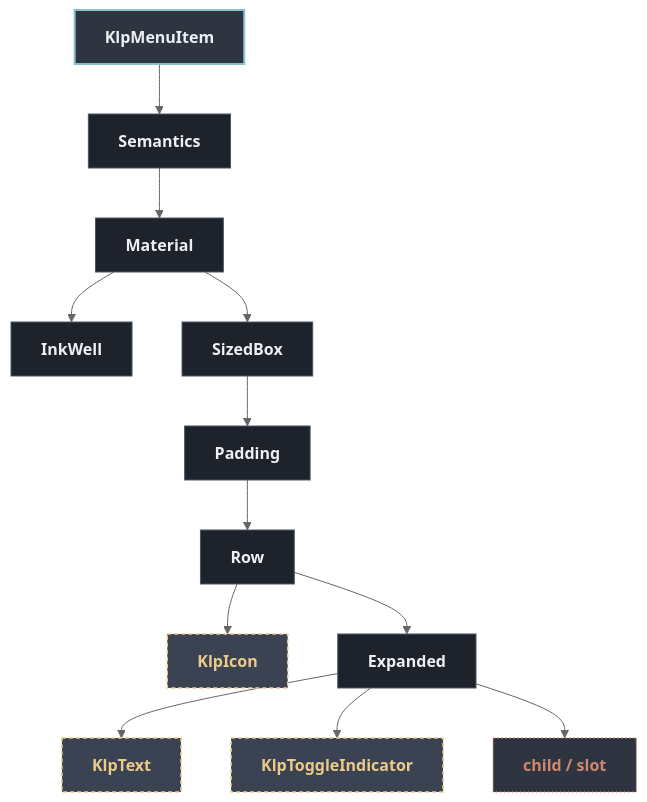
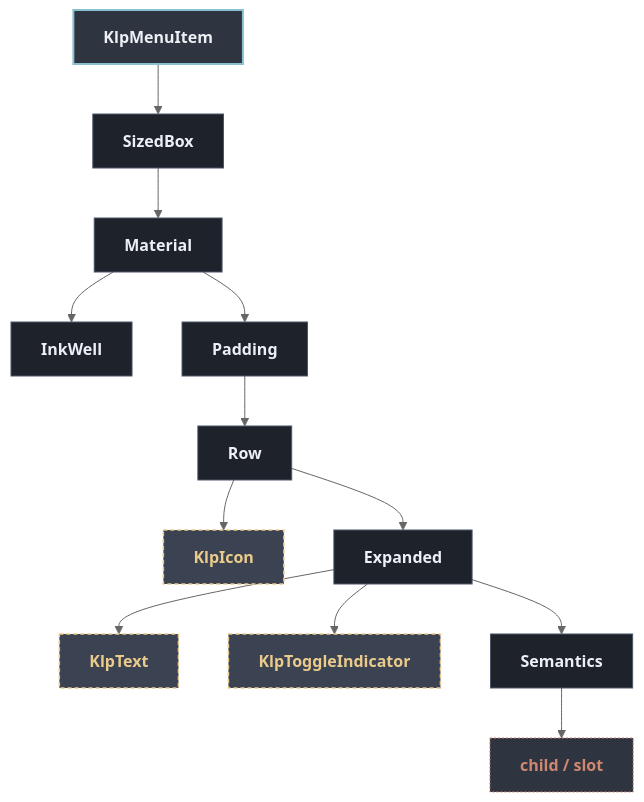
The diagram in docs/architecture/components/overlay/klp_menu_item.md (MiuDog/Kallopis), drawn with Mermaid (neutral theme) before and after one commit. The commit also changed other lines of this file and 123 other files, not shown here.

First line of the commit message:
docs(architecture): regenerate per-component trees, unbreak the generator

````diff
--- a/docs/architecture/components/overlay/klp_menu_item.md
+++ b/docs/architecture/components/overlay/klp_menu_item.md
@@ -13,32 +13,32 @@
 ```mermaid
 flowchart TD
   classDef default fill:#1E222B,stroke:#4C566A,stroke-width:1px,color:#ECEFF4;
   classDef root fill:#2E3440,stroke:#88C0D0,stroke-width:2px,color:#ECEFF4,font-weight:bold;
   classDef reference fill:#3B4252,stroke:#EBCB8B,stroke-width:1.5px,stroke-dasharray: 4 3,color:#EBCB8B;
   classDef container fill:#2E3440,stroke:#A3BE8C,stroke-width:1.5px,color:#A3BE8C;
   classDef slot fill:#2E3440,stroke:#D08770,stroke-width:1px,stroke-dasharray: 2 2,color:#D08770;
 
   root["KlpMenuItem"]:::root
-  n1["Semantics"]
+  n1["SizedBox"]
   root --> n1
   n2["Material"]
   n1 --> n2
   n3["InkWell"]
   n2 --> n3
-  n4["SizedBox"]
+  n4["Padding"]
   n2 --> n4
-  n5["Padding"]
+  n5["Row"]
   n4 --> n5
-  n6["Row"]
+  n6["KlpIcon"]:::reference
   n5 --> n6
-  n7["KlpIcon"]:::reference
-  n6 --> n7
-  n8["Expanded"]
-  n6 --> n8
-  n9["KlpText"]:::reference
-  n8 --> n9
-  n10["KlpToggleIndicator"]:::reference
-  n8 --> n10
+  n7["Expanded"]
+  n5 --> n7
+  n8["KlpText"]:::reference
+  n7 --> n8
+  n9["KlpToggleIndicator"]:::reference
+  n7 --> n9
+  n10["Semantics"]
+  n7 --> n10
   n11["child / slot"]:::slot
-  n8 --> n11
+  n10 --> n11
 ```
````
